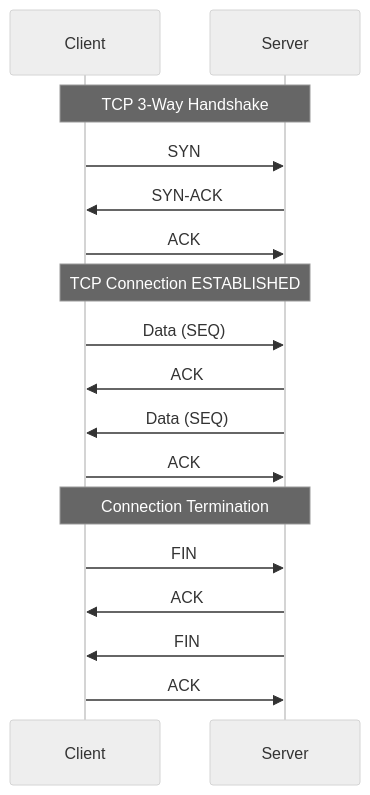
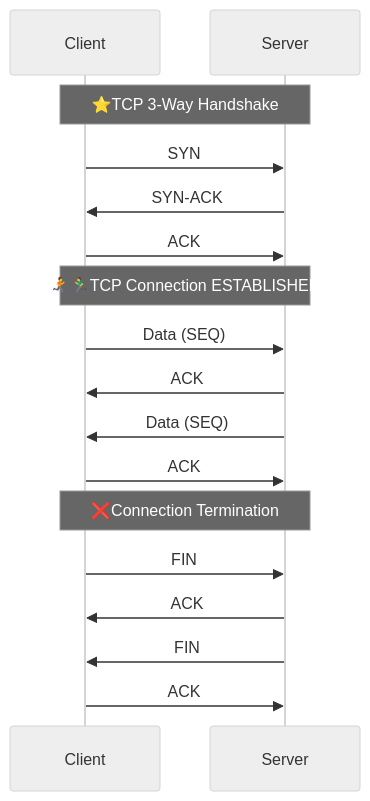
One commit to lekhrajdinkar/solution-engineer changed the second of 2 diagrams in docs/2022-2025/SE_02_system-design/SD_03_Core-building-blocks/SD_03_54_Communication-pattern/01_synchronous.md. Above: the diagram before and after it, drawn with Mermaid (neutral theme). The commit also changed other lines of this file and 3 other files, not shown here.

````diff
--- a/docs/2022-2025/SE_02_system-design/SD_03_Core-building-blocks/SD_03_54_Communication-pattern/01_synchronous.md
+++ b/docs/2022-2025/SE_02_system-design/SD_03_Core-building-blocks/SD_03_54_Communication-pattern/01_synchronous.md
@@ -58,19 +27,19 @@
 ```mermaid
 sequenceDiagram
     participant C as Client
     participant S as Server
-    Note over C,S: TCP 3-Way Handshake
+    Note over C,S: ⭐TCP 3-Way Handshake
     C->>S: SYN
     S->>C: SYN-ACK
     C->>S: ACK
-    Note over C,S: TCP Connection ESTABLISHED
+    Note over C,S: 🏃‍➡️🏃‍♂️TCP Connection ESTABLISHED
     C->>S: Data (SEQ)
     S->>C: ACK
     S->>C: Data (SEQ)
     C->>S: ACK
-    Note over C,S: Connection Termination
+    Note over C,S: ❌Connection Termination
     C->>S: FIN
     S->>C: ACK
     S->>C: FIN
     C->>S: ACK
 ```
````
